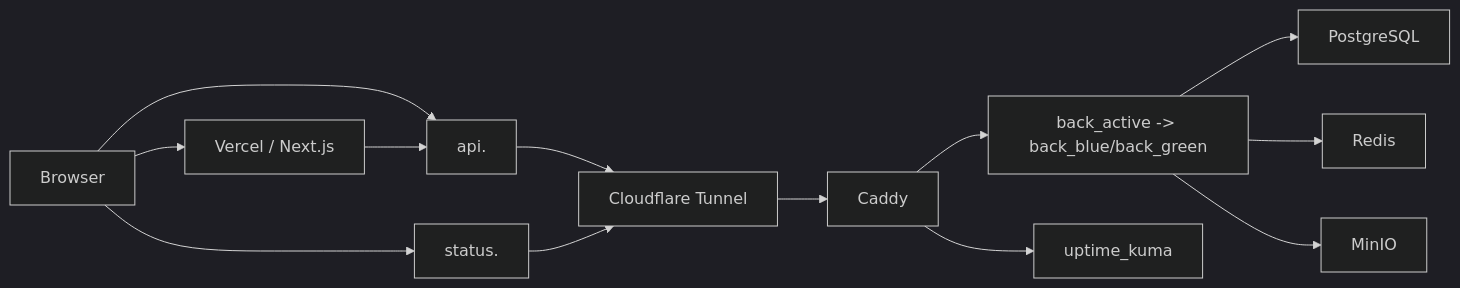
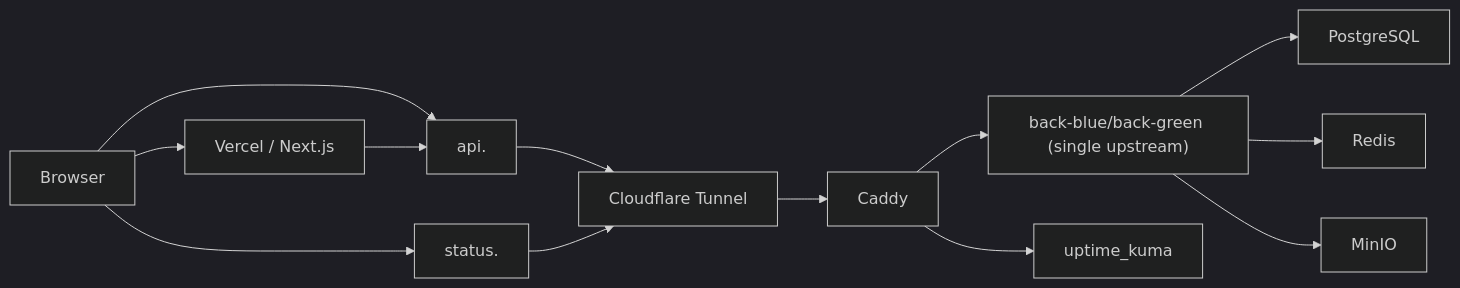
One commit to AquilaXk/aquila-blog changed the first of 2 diagrams in docs/design/Infrastructure-Architecture.md. Above: the diagram before and after it, drawn with Mermaid (dark theme). The commit also changed other lines of this file and 6 other files, not shown here.

````diff
--- a/docs/design/Infrastructure-Architecture.md
+++ b/docs/design/Infrastructure-Architecture.md
@@ -19,15 +19,15 @@
 ```mermaid
 flowchart LR
     User["Browser"] --> Front["Vercel / Next.js"]
     User --> Api["api.<domain>"]
     User --> Status["status.<domain>"]
     Front --> Api
     Api --> Tunnel["Cloudflare Tunnel"]
     Status --> Tunnel
     Tunnel --> Caddy["Caddy"]
-    Caddy --> Back["back_active -> back_blue/back_green"]
+    Caddy --> Back["back-blue/back-green (single upstream)"]
     Caddy --> Kuma["uptime_kuma"]
     Back --> DB["PostgreSQL"]
     Back --> Redis["Redis"]
     Back --> MinIO["MinIO"]
 ```
````
